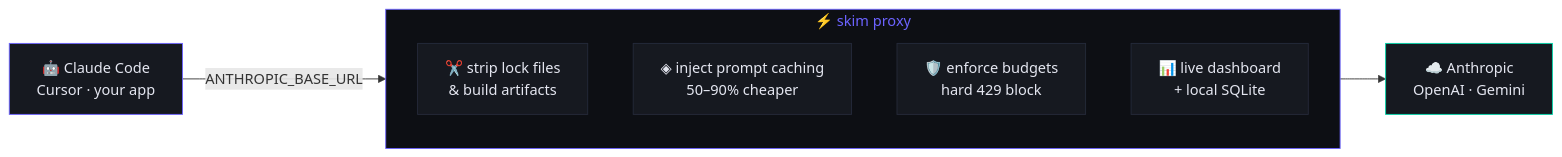
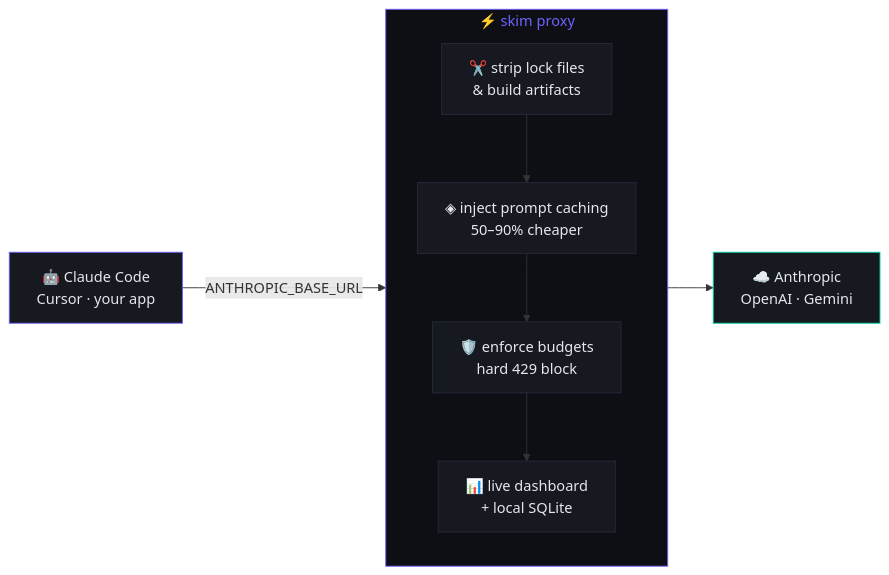
One commit to bb1nfosec/Distill changed the diagram in README.md. Above: the diagram before and after it, drawn with Mermaid.

Commit message:
docs: harden Mermaid diagram — edge inner nodes, rename subgraph id
Avoids node/subgraph id collision (B used for both). Edges now connect
to concrete nodes (B1...B4) and the subgraph is renamed SKIM, which
renders reliably across GitHub's Mermaid version.

````diff
--- a/README.md
+++ b/README.md
@@ -44,22 +44,23 @@
 ```mermaid
 flowchart LR
-    A["🤖 Claude Code<br/>Cursor · your app"] -->|ANTHROPIC_BASE_URL| B
+    A["🤖 Claude Code<br/>Cursor · your app"] -->|ANTHROPIC_BASE_URL| B1
 
-    subgraph B ["⚡ skim proxy"]
+    subgraph SKIM ["⚡ skim proxy"]
         direction TB
         B1["✂️ strip lock files<br/>& build artifacts"]
         B2["◈ inject prompt caching<br/>50–90% cheaper"]
         B3["🛡️ enforce budgets<br/>hard 429 block"]
         B4["📊 live dashboard<br/>+ local SQLite"]
+        B1 --> B2 --> B3 --> B4
     end
 
-    B --> C["☁️ Anthropic<br/>OpenAI · Gemini"]
+    B4 --> C["☁️ Anthropic<br/>OpenAI · Gemini"]
 
     style A fill:#161920,stroke:#6c63ff,color:#e4e6f0
-    style B fill:#0d0f14,stroke:#6c63ff,color:#6c63ff
+    style SKIM fill:#0d0f14,stroke:#6c63ff,color:#6c63ff
     style C fill:#161920,stroke:#00d4aa,color:#e4e6f0
     style B1 fill:#161920,stroke:#252a3a,color:#e4e6f0
     style B2 fill:#161920,stroke:#252a3a,color:#e4e6f0
     style B3 fill:#161920,stroke:#252a3a,color:#e4e6f0
     style B4 fill:#161920,stroke:#252a3a,color:#e4e6f0
 ```
````
